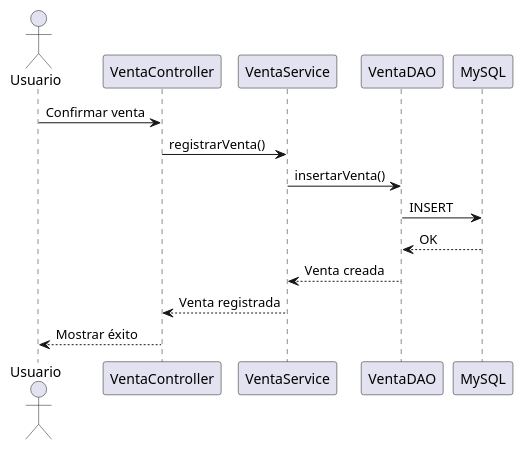
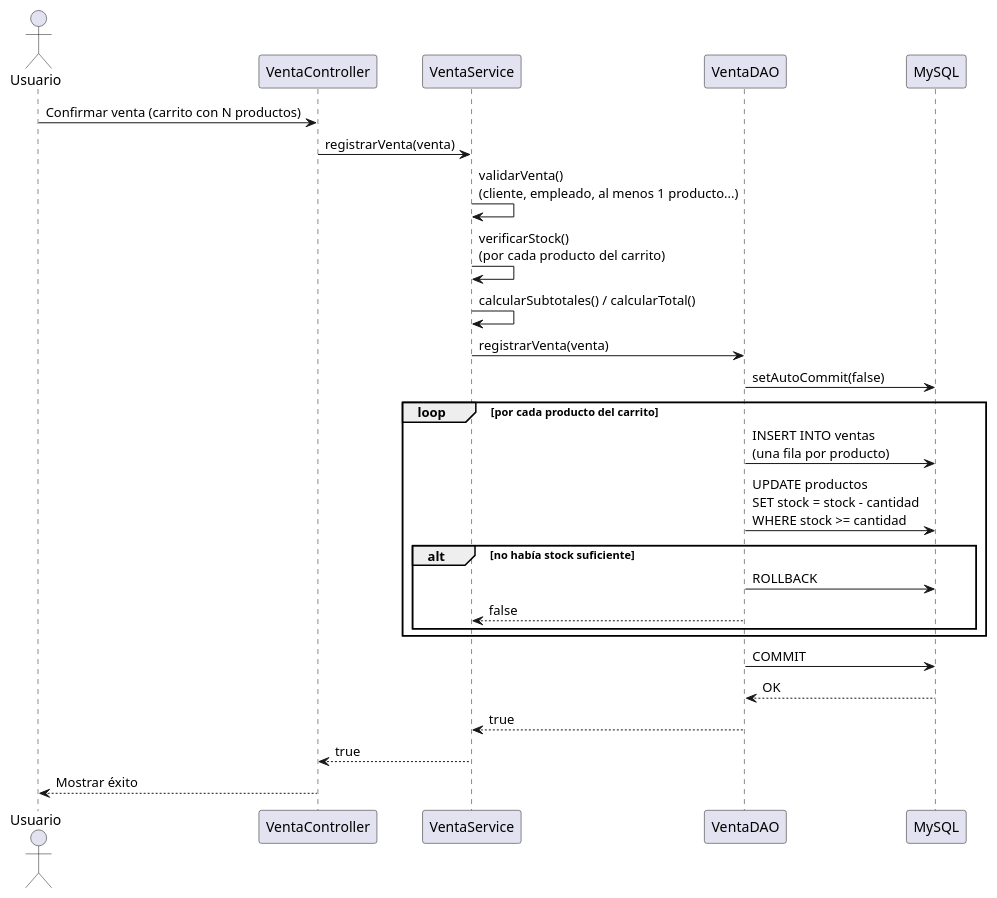
Before and after one commit to AgusLuzu2004/Portfolio-Novatech-Solutions: the diagram in docs/uml/diagrama_secuencias.puml, drawn with PlantUML. The commit also changed 19 other files, not shown here.

```diff
--- a/docs/uml/diagrama_secuencias.puml
+++ b/docs/uml/diagrama_secuencias.puml
@@ -1,21 +1,38 @@
 @startuml diagrama_secuencias
 
 actor Usuario
 
-Usuario -> VentaController : Confirmar venta
+Usuario -> VentaController : Confirmar venta (carrito con N productos)
 
-VentaController -> VentaService : registrarVenta()
+VentaController -> VentaService : registrarVenta(venta)
 
-VentaService -> VentaDAO : insertarVenta()
+VentaService -> VentaService : validarVenta()\n(cliente, empleado, al menos 1 producto...)
 
-VentaDAO -> MySQL : INSERT
+VentaService -> VentaService : verificarStock()\n(por cada producto del carrito)
+
+VentaService -> VentaService : calcularSubtotales() / calcularTotal()
+
+VentaService -> VentaDAO : registrarVenta(venta)
+
+VentaDAO -> MySQL : setAutoCommit(false)
+
+loop por cada producto del carrito
+    VentaDAO -> MySQL : INSERT INTO ventas\n(una fila por producto)
+    VentaDAO -> MySQL : UPDATE productos\nSET stock = stock - cantidad\nWHERE stock >= cantidad
+    alt no había stock suficiente
+        VentaDAO -> MySQL : ROLLBACK
+        VentaDAO --> VentaService : false
+    end
+end
+
+VentaDAO -> MySQL : COMMIT
 
 MySQL --> VentaDAO : OK
 
-VentaDAO --> VentaService : Venta creada
+VentaDAO --> VentaService : true
 
-VentaService --> VentaController : Venta registrada
+VentaService --> VentaController : true
 
 VentaController --> Usuario : Mostrar éxito
 
 @enduml
```
